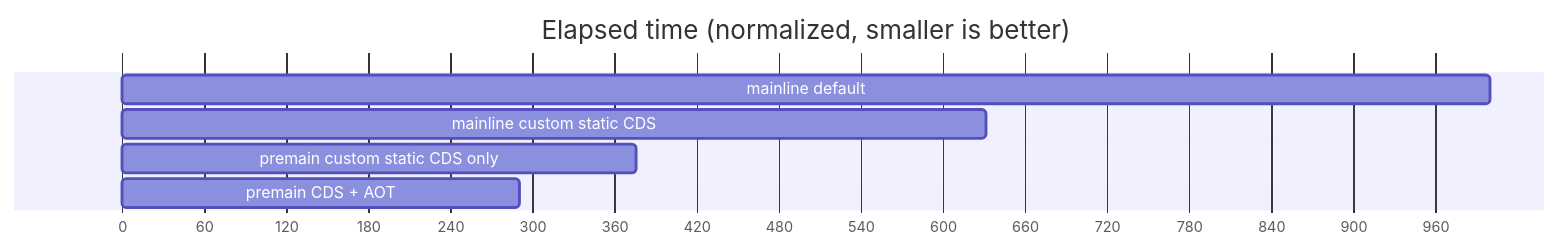
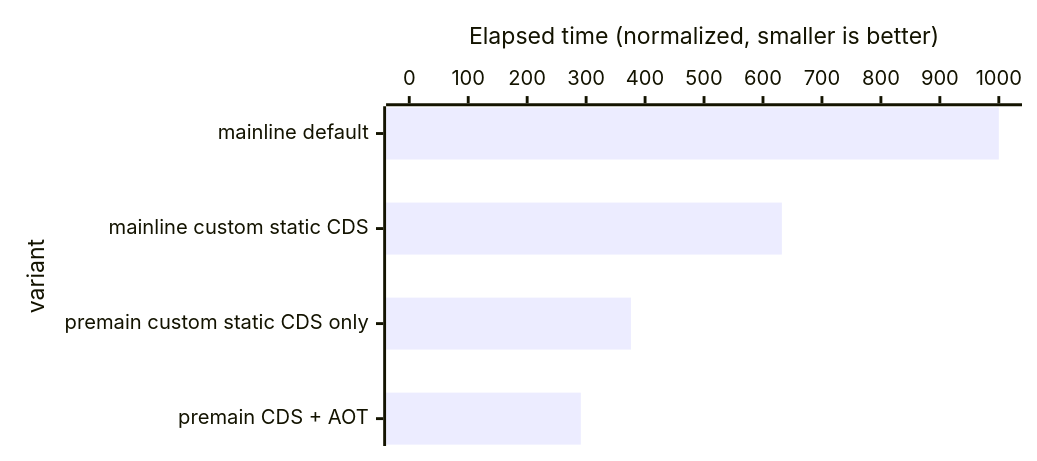
The first of 4 diagrams in README.md (openjdk/leyden), drawn with Mermaid before and after one commit. The commit also changed other lines of this file and 1 other file, not shown here.

Commit message:
Editorial changes to README, plus better mermaid format from lujaniuk

````diff
--- a/README.md
+++ b/README.md
@@ -365,12 +383,12 @@
 ```mermaid
-gantt
-    title Elapsed time (normalized, smaller is better)
-    todayMarker off
-    dateFormat  X
-    axisFormat %s
-
-    mainline default   : 0, 1000
-    mainline custom static CDS   : 0, 632
-    premain custom static CDS only   : 0, 376
-    premain CDS + AOT   : 0, 291
+---
+config:
+    xyChart:
+        chartOrientation: horizontal
+        height: 300
+---
+xychart-beta
+    x-axis "variant" ["mainline default", "mainline custom static CDS", "premain custom static CDS only", "premain CDS + AOT"]
+    y-axis "Elapsed time (normalized, smaller is better)" 0 --> 1000
+    bar [1000, 632, 376, 291]
 ```
````
